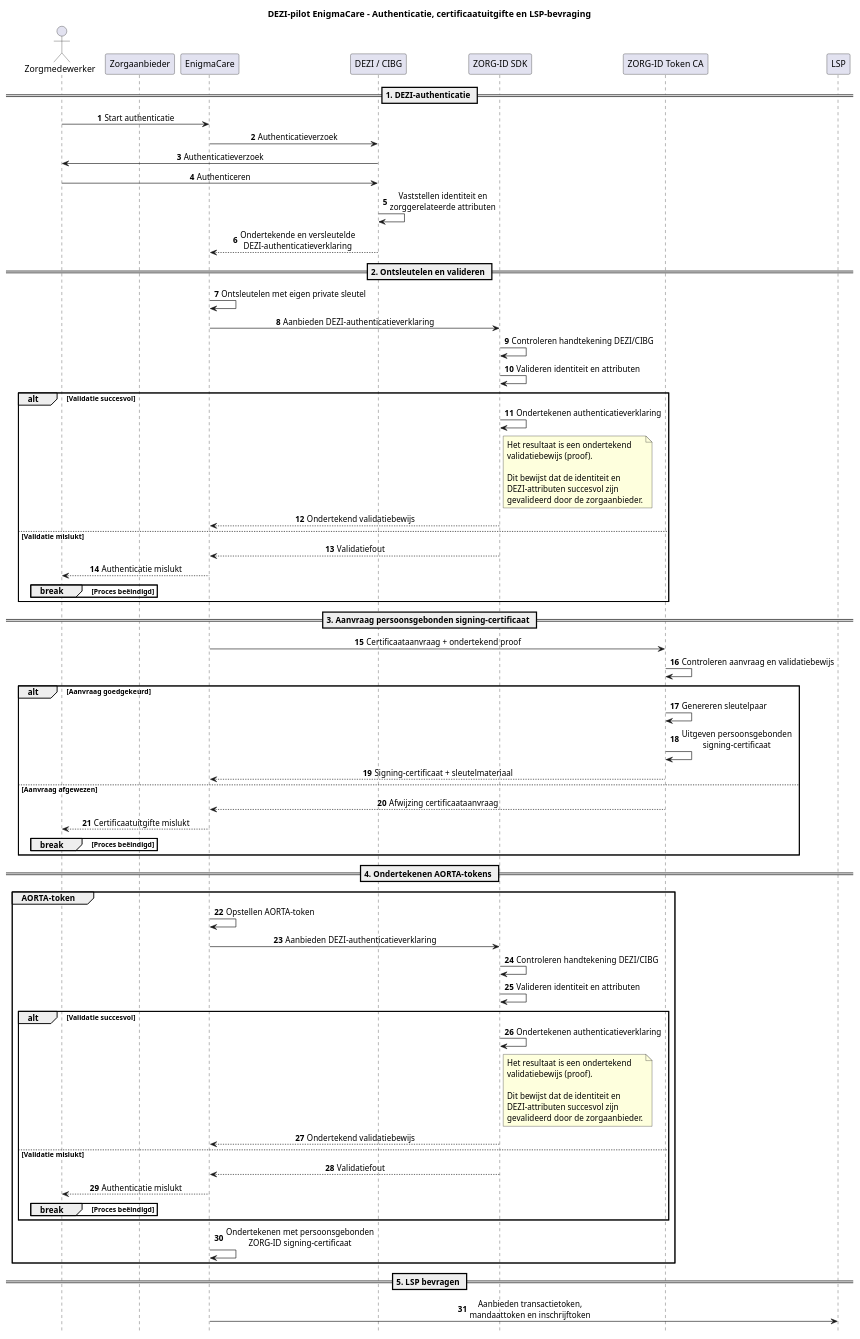
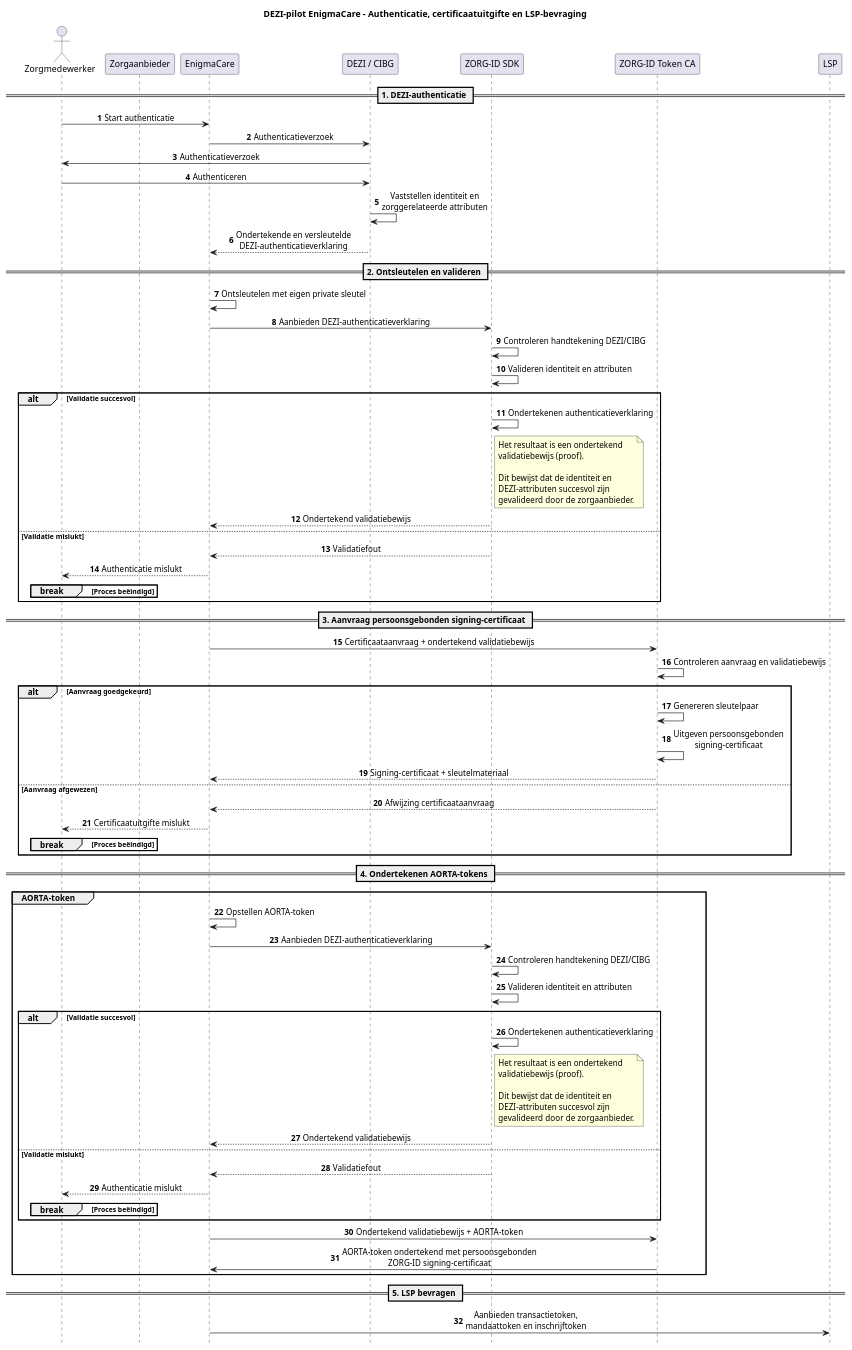
The diagram in ZORG-ID/000_zorg-id-enigma.puml (vzvznl/diagrammen), drawn with PlantUML before and after one commit.

Commit message:
Update
AORTA token iets aangepast

```diff
--- a/ZORG-ID/000_zorg-id-enigma.puml
+++ b/ZORG-ID/000_zorg-id-enigma.puml
@@ -1,107 +1,104 @@
 @startuml
 title DEZI-pilot EnigmaCare – Authenticatie, certificaatuitgifte en LSP-bevraging
 
 autonumber
 hide footbox
 skinparam sequenceMessageAlign center
 skinparam responseMessageBelowArrow true
 
 actor "Zorgmedewerker" as ZM
 participant "Zorgaanbieder" as ZA
 participant "EnigmaCare" as EC
 participant "DEZI / CIBG" as DEZI
 participant "ZORG-ID SDK" as SDK
 participant "ZORG-ID Token CA" as CA
 participant "LSP" as LSP
 
 == 1. DEZI-authenticatie ==
 
 ZM -> EC: Start authenticatie
 EC -> DEZI: Authenticatieverzoek
 DEZI -> ZM: Authenticatieverzoek
 ZM -> DEZI: Authenticeren
 DEZI -> DEZI: Vaststellen identiteit en\nzorggerelateerde attributen
 DEZI --> EC: Ondertekende en versleutelde\nDEZI-authenticatieverklaring
 
 == 2. Ontsleutelen en valideren ==
 
 EC -> EC: Ontsleutelen met eigen private sleutel
 EC -> SDK: Aanbieden DEZI-authenticatieverklaring
 SDK -> SDK: Controleren handtekening DEZI/CIBG
 SDK -> SDK: Valideren identiteit en attributen
 
 alt Validatie succesvol
     SDK -> SDK: Ondertekenen authenticatieverklaring
     note right of SDK
       Het resultaat is een ondertekend
       validatiebewijs (proof).
 
       Dit bewijst dat de identiteit en
       DEZI-attributen succesvol zijn
       gevalideerd door de zorgaanbieder.
     end note
     SDK --> EC: Ondertekend validatiebewijs
 else Validatie mislukt
     SDK --> EC: Validatiefout
     EC --> ZM: Authenticatie mislukt
     break Proces beëindigd
     end
 end
 
 == 3. Aanvraag persoonsgebonden signing-certificaat ==
 
-EC -> CA: Certificaataanvraag + ondertekend proof
+EC -> CA: Certificaataanvraag + ondertekend validatiebewijs
 CA -> CA: Controleren aanvraag en validatiebewijs
 
 alt Aanvraag goedgekeurd
     CA -> CA: Genereren sleutelpaar
     CA -> CA: Uitgeven persoonsgebonden\nsigning-certificaat
     CA --> EC: Signing-certificaat + sleutelmateriaal
 else Aanvraag afgewezen
     CA --> EC: Afwijzing certificaataanvraag
     EC --> ZM: Certificaatuitgifte mislukt
     break Proces beëindigd
     end
 end
 
 == 4. Ondertekenen AORTA-tokens ==
 
 
 group AORTA-token
     EC -> EC: Opstellen AORTA-token
 	
 	EC -> SDK: Aanbieden DEZI-authenticatieverklaring
 	SDK -> SDK: Controleren handtekening DEZI/CIBG
 	SDK -> SDK: Valideren identiteit en attributen
 
 	alt Validatie succesvol
 		SDK -> SDK: Ondertekenen authenticatieverklaring
 			note right of SDK
 				Het resultaat is een ondertekend
 				validatiebewijs (proof).
 
 				Dit bewijst dat de identiteit en
 				DEZI-attributen succesvol zijn
 				gevalideerd door de zorgaanbieder.
 			end note
 		SDK --> EC: Ondertekend validatiebewijs
 	else Validatie mislukt
 		SDK --> EC: Validatiefout
 		EC --> ZM: Authenticatie mislukt
 		break Proces beëindigd
     end
 end
 
-	
-	
-	
-	
-	
-    EC -> EC: Ondertekenen met persoonsgebonden\nZORG-ID signing-certificaat
+	EC -> CA: Ondertekend validatiebewijs + AORTA-token
+	CA -> EC: AORTA-token ondertekend met persoonsgebonden\nZORG-ID signing-certificaat
+
 end
 
 == 5. LSP bevragen ==
 
 EC -> LSP: Aanbieden transactietoken,\nmandaattoken en inschrijftoken
 
 @enduml
```
